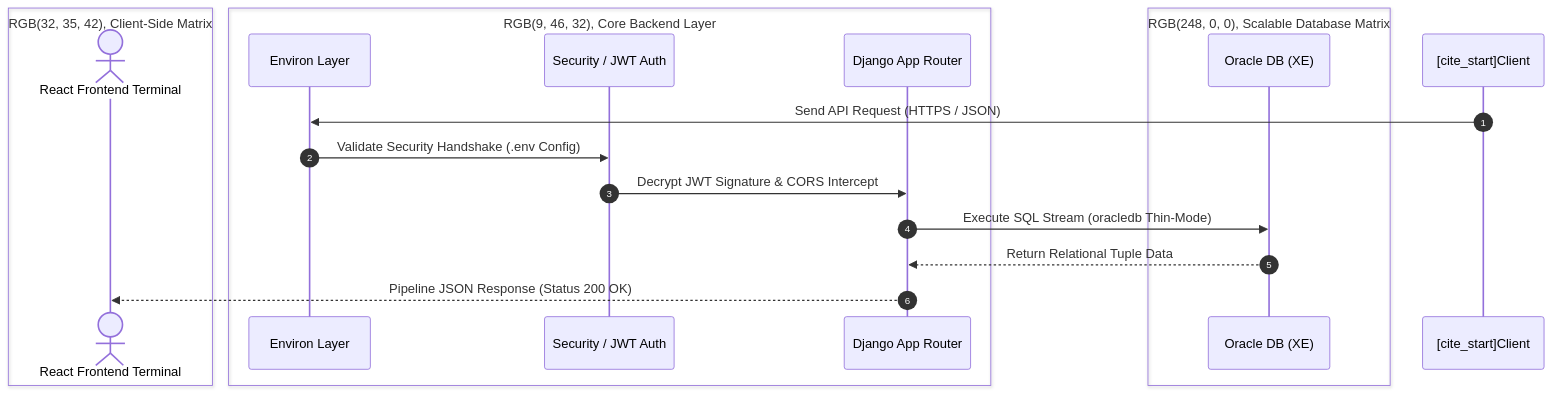
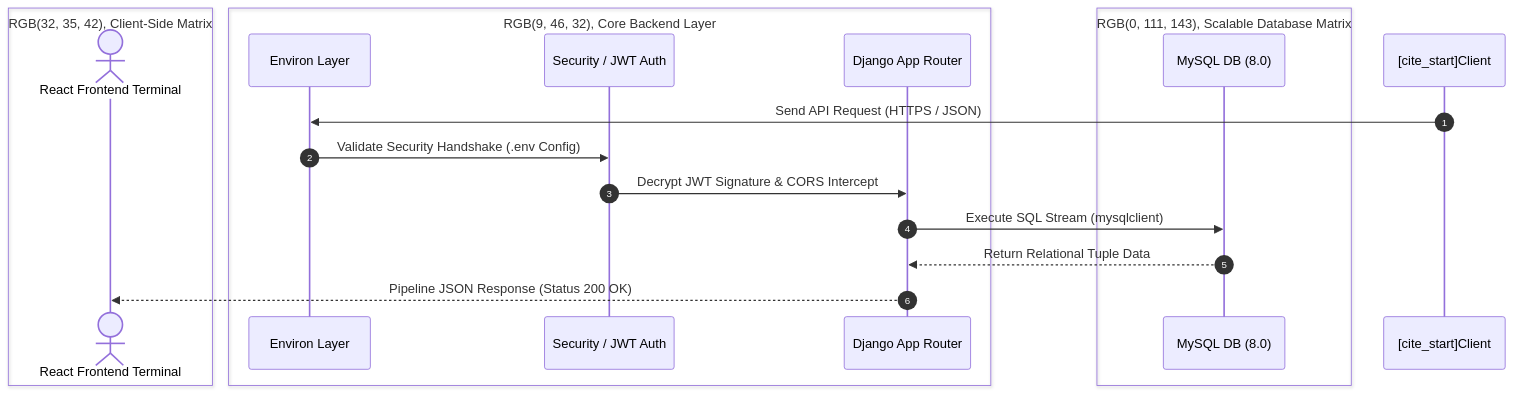
Before and after one commit to mingeon9411/Team-DaumAna: the diagram in backend/README.md, drawn with Mermaid. The commit also changed other lines of this file and 14 other files, not shown here.

````diff
--- a/backend/README.md
+++ b/backend/README.md
@@ -25,22 +25,22 @@
 ```mermaid
 sequenceDiagram
     autonumber
     box RGB(32, 35, 42), Client-Side Matrix
     actor Client as React Frontend Terminal
     end
     box RGB(9, 46, 32), Core Backend Layer
     participant Env as Environ Layer
     participant Auth as Security / JWT Auth
     participant Core as Django App Router
     end
-    box RGB(248, 0, 0), Scalable Database Matrix
-    participant DB as Oracle DB (XE)
+    box RGB(0, 111, 143), Scalable Database Matrix
+    participant DB as MySQL DB (8.0)
     end
 
     [cite_start]Client->>Env: Send API Request (HTTPS / JSON) 
     Env->>Auth: Validate Security Handshake (.env Config) 
     Auth->>Core: Decrypt JWT Signature & CORS Intercept 
-    Core->>DB: Execute SQL Stream (oracledb Thin-Mode) 
+    Core->>DB: Execute SQL Stream (mysqlclient) 
     DB-->>Core: Return Relational Tuple Data 
     Core-->>Client: Pipeline JSON Response (Status 200 OK)
 ```
````
